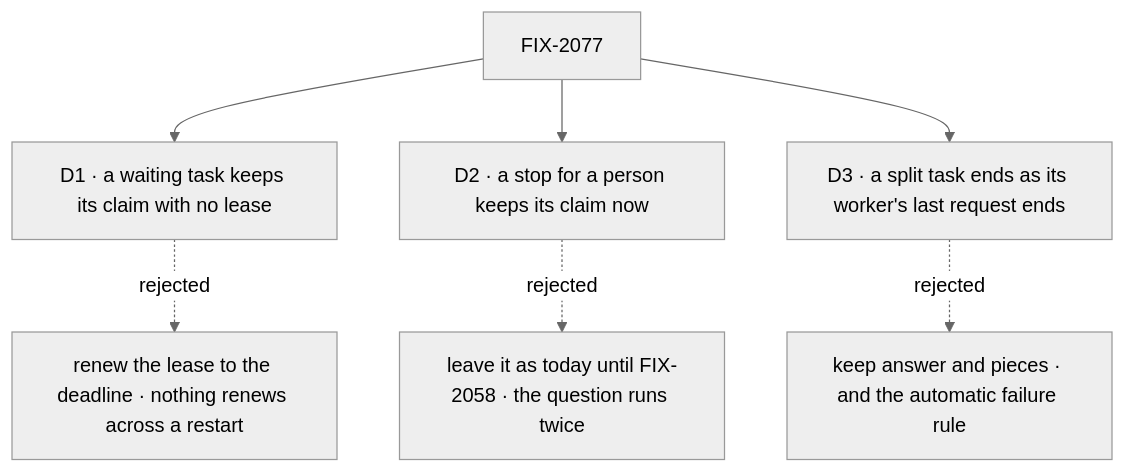
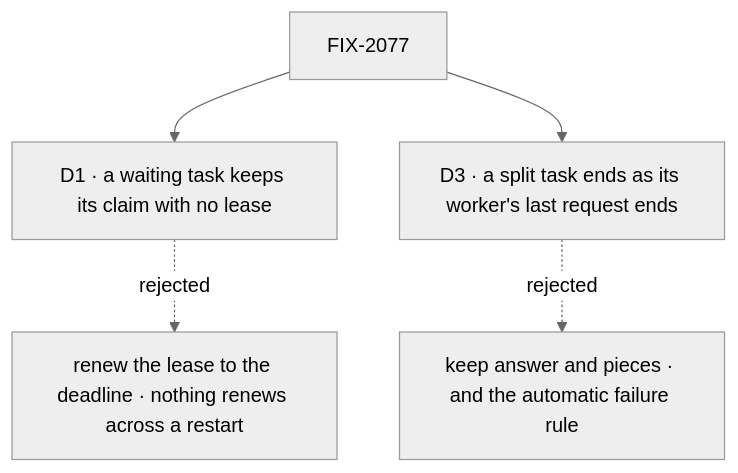
Before and after one commit to fixpoint-labs/flow-state-dev: the diagram in specs/issues/FIX-2077/DECISIONS.md, drawn with Mermaid (neutral theme). The commit also changed other lines of this file and 4 other files, not shown here.

````diff
--- a/specs/issues/FIX-2077/DECISIONS.md
+++ b/specs/issues/FIX-2077/DECISIONS.md
@@ -10,9 +10,7 @@
 ```mermaid
 flowchart TD
   I["FIX-2077"] --> D1["D1 · a waiting task keeps its claim with no lease"]
   D1 -.->|"rejected"| X1["renew the lease to the deadline · nothing renews across a restart"]
-  I --> D2["D2 · a stop for a person keeps its claim now"]
-  D2 -.->|"rejected"| X2["leave it as today until FIX-2058 · the question runs twice"]
   I --> D3["D3 · a split task ends as its worker's last request ends"]
   D3 -.->|"rejected"| X3["keep answer and pieces · and the automatic failure rule"]
 ```
````
